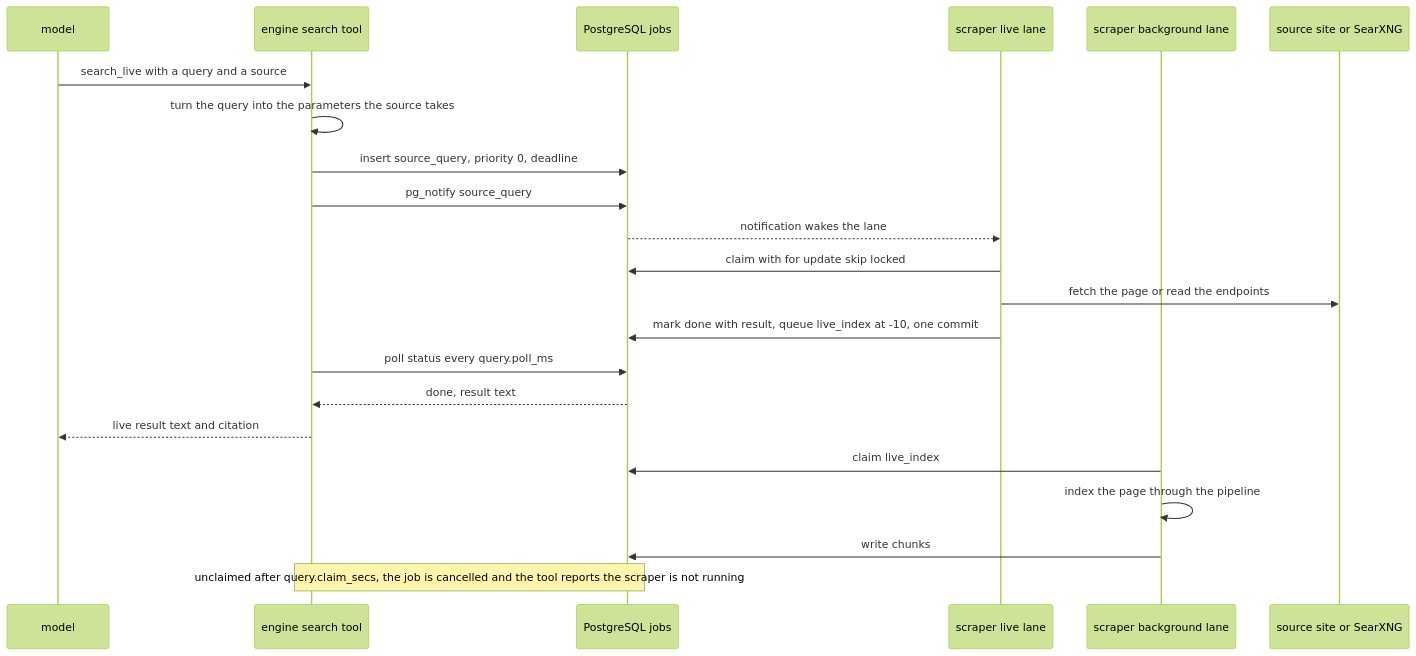
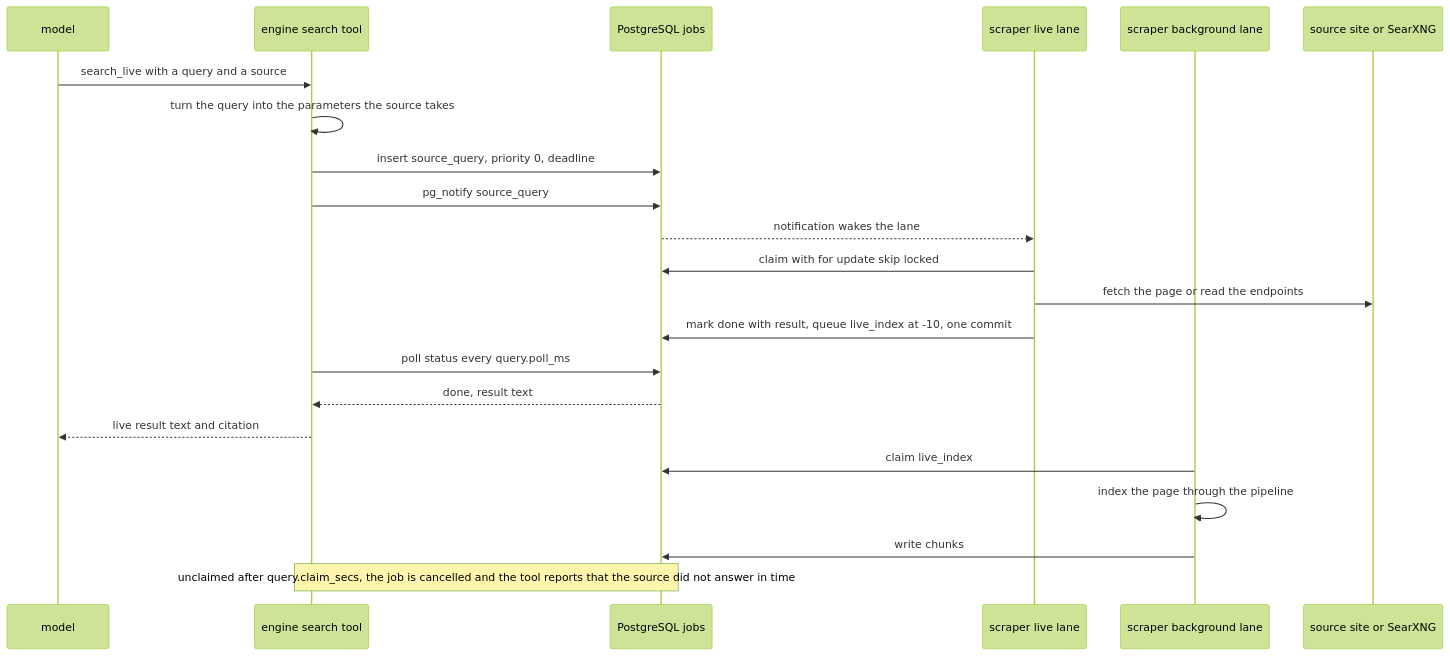
The seventh of 10 diagrams in docs/ARCHITECTURE.md (ashworks1706/SparkyAI), drawn with Mermaid (forest theme) before and after one commit. The commit also changed other lines of this file and 100 other files, not shown here.

````diff
--- a/docs/ARCHITECTURE.md
+++ b/docs/ARCHITECTURE.md
@@ -529,25 +541,25 @@
 ```mermaid
 sequenceDiagram
     participant M as model
     participant T as engine search tool
     participant PG as PostgreSQL jobs
     participant L as scraper live lane
     participant BG as scraper background lane
     participant W as source site or SearXNG
 
     M->>T: search_live with a query and a source
     T->>T: turn the query into the parameters the source takes
     T->>PG: insert source_query, priority 0, deadline
     T->>PG: pg_notify source_query
     PG-->>L: notification wakes the lane
     L->>PG: claim with for update skip locked
     L->>W: fetch the page or read the endpoints
     L->>PG: mark done with result, queue live_index at -10, one commit
     T->>PG: poll status every query.poll_ms
     PG-->>T: done, result text
     T-->>M: live result text and citation
     BG->>PG: claim live_index
     BG->>BG: index the page through the pipeline
     BG->>PG: write chunks
-    Note over T,PG: unclaimed after query.claim_secs, the job is cancelled and the tool reports the scraper is not running
+    Note over T,PG: unclaimed after query.claim_secs, the job is cancelled and the tool reports that the source did not answer in time
 ```
````
